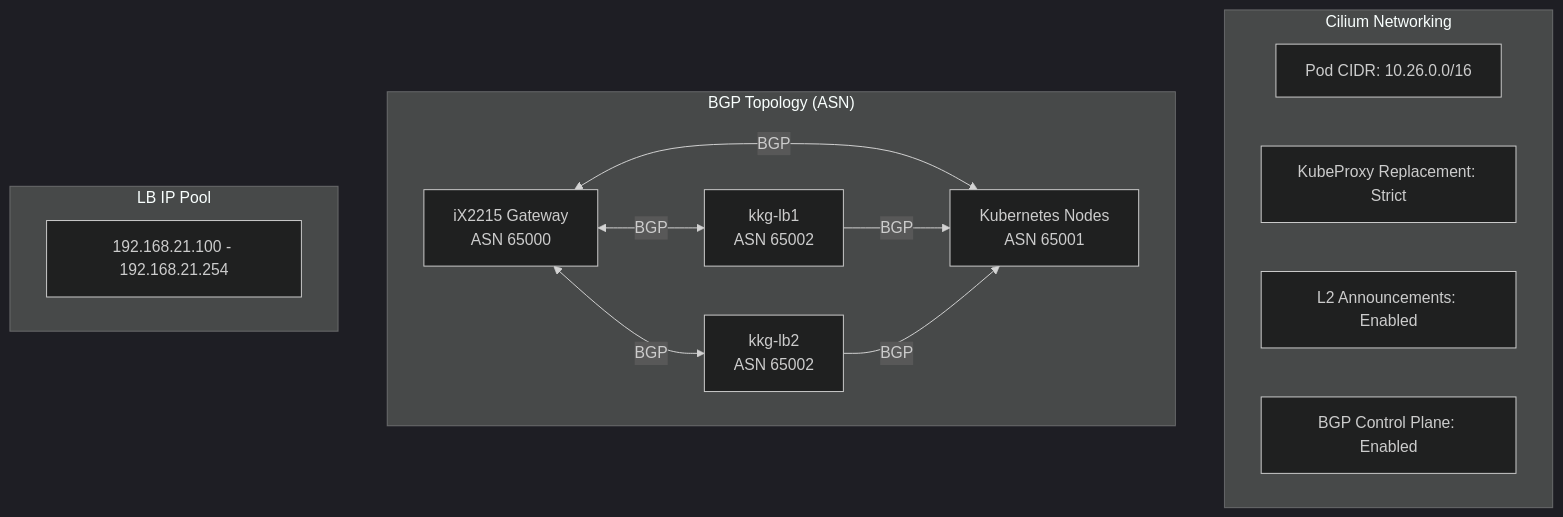
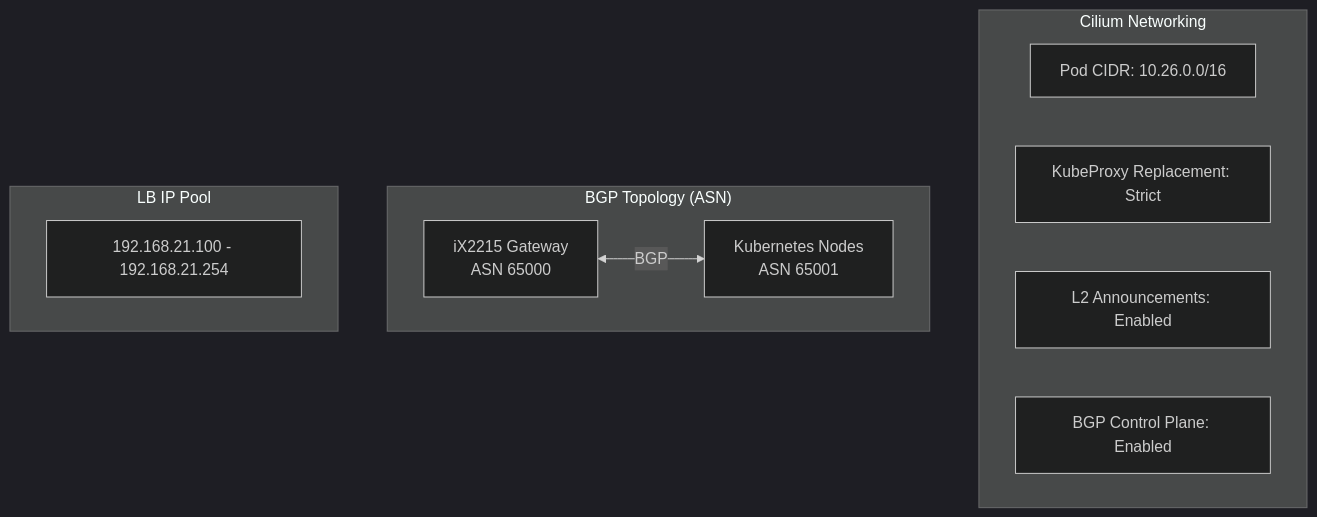
Before and after one commit to Soli0222/pke: the second of 2 diagrams in helmfile/README.md, drawn with Mermaid (dark theme). The commit also changed 30 other files, not shown here.

````diff
--- a/helmfile/README.md
+++ b/helmfile/README.md
@@ -50,24 +50,20 @@
 ```mermaid
 graph TB
     subgraph "Cilium Networking"
         CIDR["Pod CIDR: 10.26.0.0/16"]
         KP["KubeProxy Replacement: Strict"]
         L2["L2 Announcements: Enabled"]
         BGP["BGP Control Plane: Enabled"]
     end
 
     subgraph "BGP Topology (ASN)"
         GW["iX2215 Gateway<br/>ASN 65000"]
-        LB1["kkg-lb1<br/>ASN 65002"]
-        LB2["kkg-lb2<br/>ASN 65002"]
         K8S["Kubernetes Nodes<br/>ASN 65001"]
     end
 
-    GW <-->|BGP| LB1 & LB2
     GW <-->|BGP| K8S
-    LB1 & LB2 -->|BGP| K8S
 
     subgraph "LB IP Pool"
         POOL["192.168.21.100 - 192.168.21.254"]
     end
 ```
````
